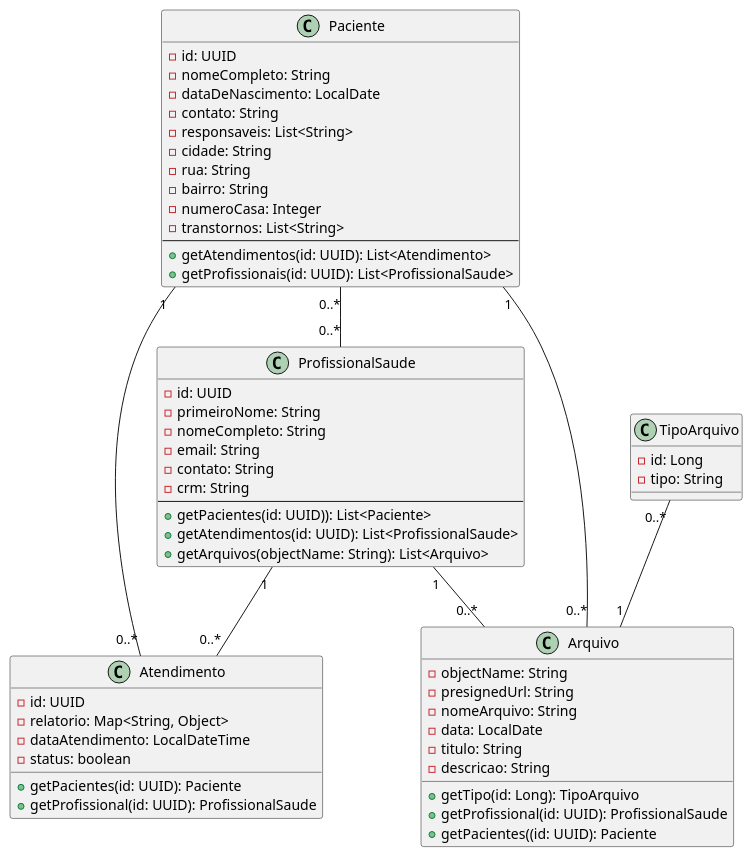
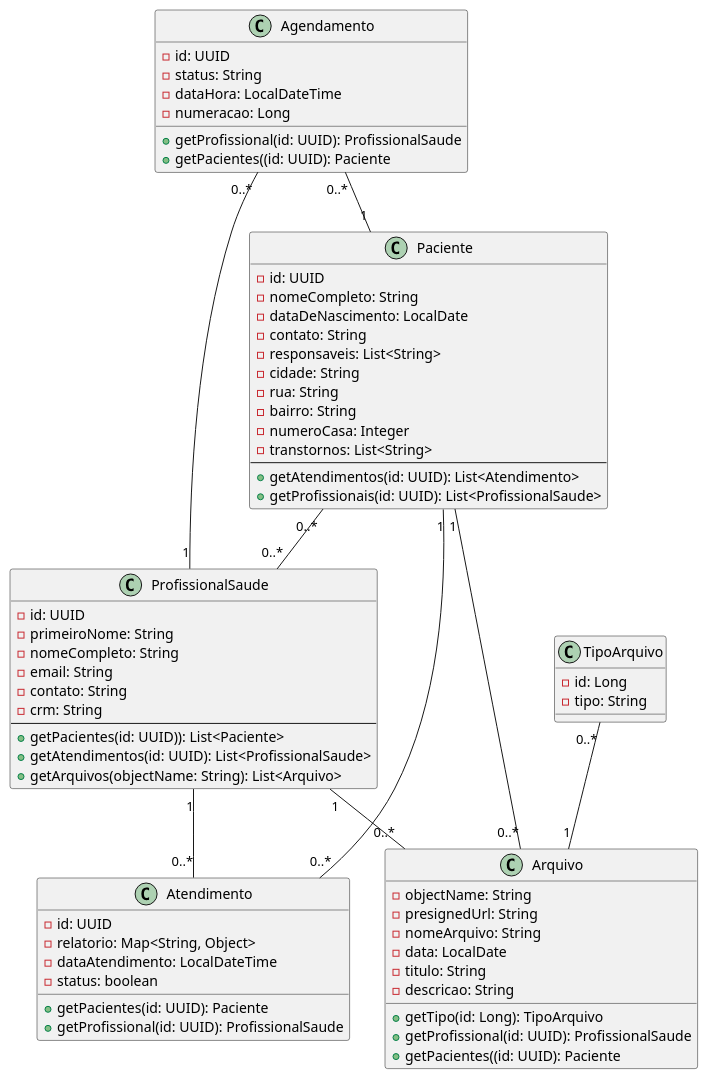
The diagram in docs/diagrama_de_classes.puml (IFPBEsp/APAE-atendimento), drawn with PlantUML before and after one commit.

Commit message:
Adição da entidade agendamento e seus devidos relacionamentos

```diff
--- a/docs/diagrama_de_classes.puml
+++ b/docs/diagrama_de_classes.puml
@@ -1,71 +1,81 @@
 @startuml
 
 class Paciente {
     - id: UUID
     - nomeCompleto: String
     - dataDeNascimento: LocalDate
     - contato: String
     - responsaveis: List<String>
     - cidade: String
     - rua: String
     - bairro: String
     - numeroCasa: Integer
     - transtornos: List<String>
     --
     + getAtendimentos(id: UUID): List<Atendimento>
     + getProfissionais(id: UUID): List<ProfissionalSaude>
 }
 
 class Atendimento {
     - id: UUID
     - relatorio: Map<String, Object>
     - dataAtendimento: LocalDateTime
     - status: boolean
 
     +getPacientes(id: UUID): Paciente
     +getProfissional(id: UUID): ProfissionalSaude
 }
 
 class ProfissionalSaude {
     - id: UUID
     - primeiroNome: String
     - nomeCompleto: String
     - email: String
     - contato: String
     - crm: String
     --
     + getPacientes(id: UUID)): List<Paciente>
     + getAtendimentos(id: UUID): List<ProfissionalSaude>
     + getArquivos(objectName: String): List<Arquivo>
 }
 
 class Arquivo {
     - objectName: String
     - presignedUrl: String
     - nomeArquivo: String
     - data: LocalDate
     - titulo: String
     - descricao: String
 
     + getTipo(id: Long): TipoArquivo
     + getProfissional(id: UUID): ProfissionalSaude
     + getPacientes((id: UUID): Paciente
 }
 
 class TipoArquivo {
     - id: Long
     - tipo: String
 
 }
 
+class Agendamento {
+- id: UUID
+- status: String
+- dataHora: LocalDateTime
+- numeracao: Long
 
 
++ getProfissional(id: UUID): ProfissionalSaude
++ getPacientes((id: UUID): Paciente
+}
 
 Paciente "1" -- "0..*" Atendimento
 ProfissionalSaude "1" -- "0..*" Atendimento
 Paciente "0..*" -- "0..*" ProfissionalSaude
 TipoArquivo "0..*" -- "1" Arquivo
 Paciente "1" -- "0..*" Arquivo
 ProfissionalSaude "1" -- "0..*" Arquivo
+Agendamento "0..*" -- "1" ProfissionalSaude
+Agendamento "0..*" -- "1" Paciente
 
 @enduml
```
